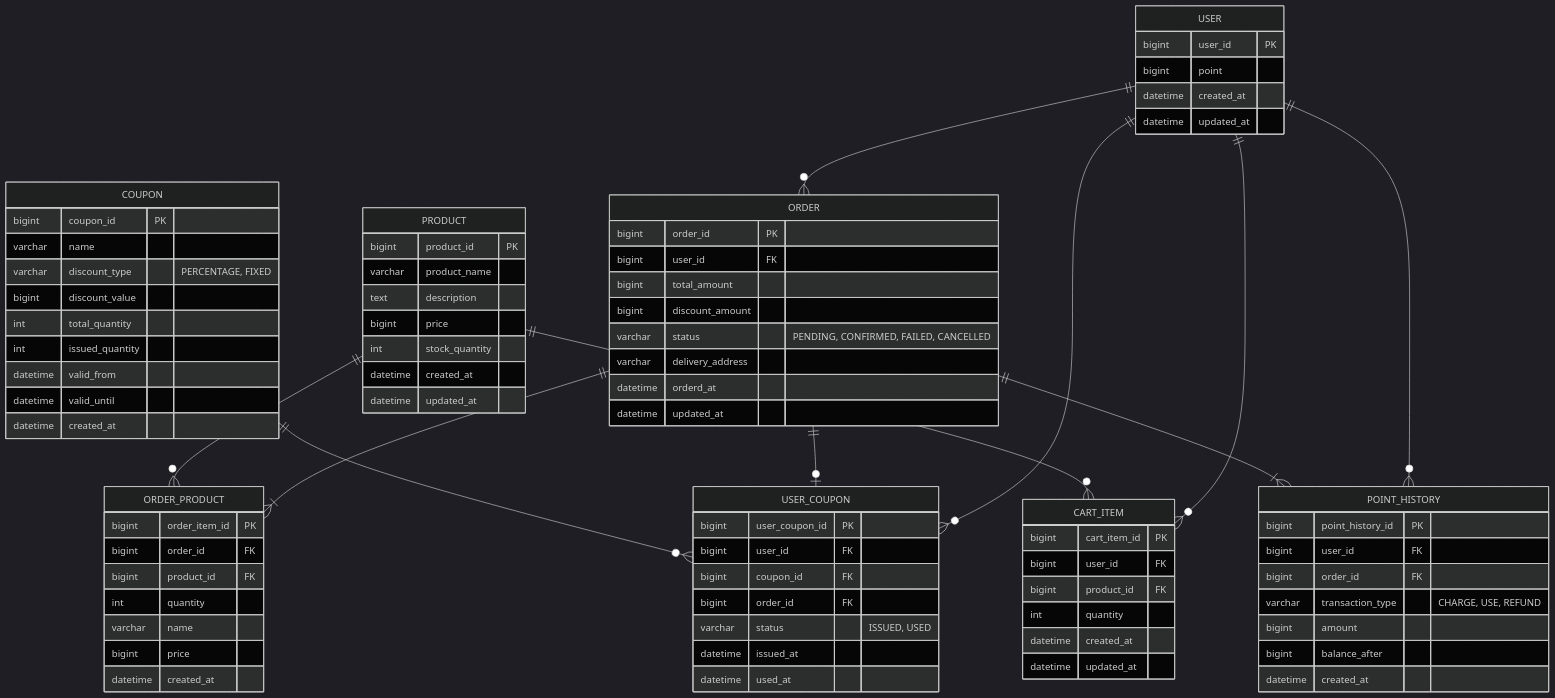
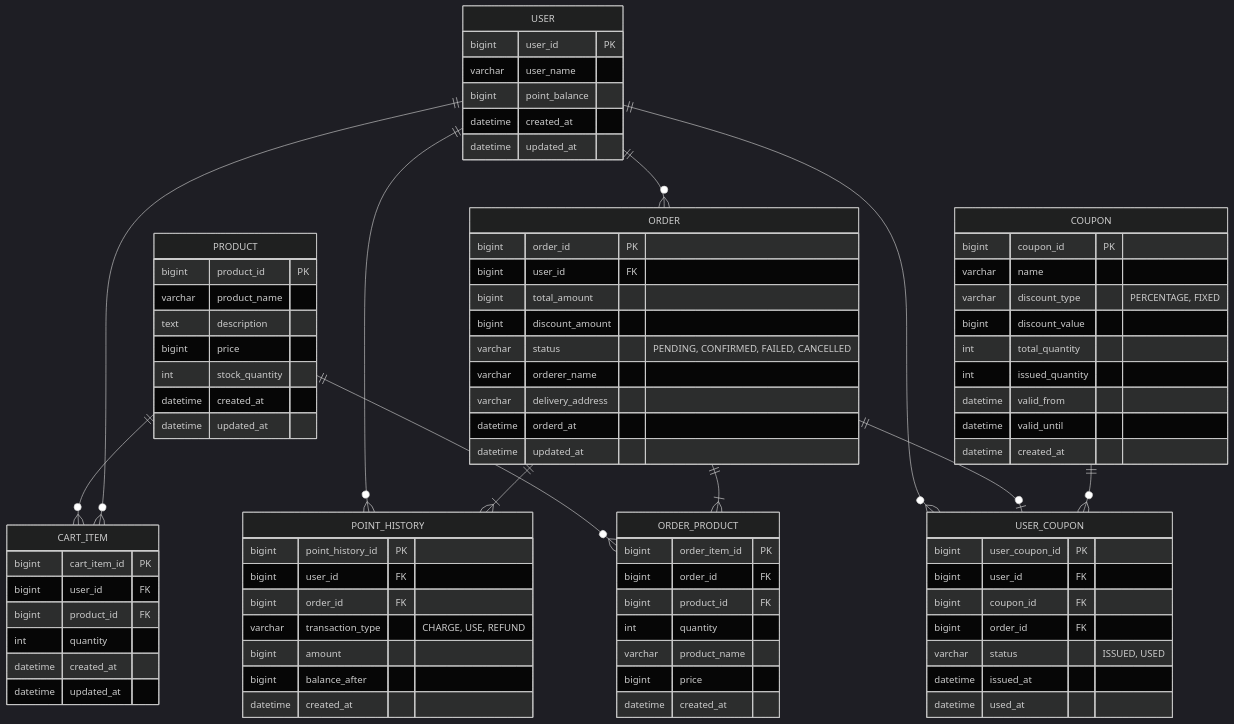
One commit to kimujin99/hhplus10_w2 changed the diagram in docs/erd.md. Above: the diagram before and after it, drawn with Mermaid (dark theme). The commit also changed other lines of this file, not shown here.

Commit message:
docs: ERD 테이블 스키마 개선 및 필드명 명확화
USER 테이블에 user_name 추가, point_balance로 필드명 변경
ORDER 테이블에 orderer_name 필드 추가
ORDER_PRODUCT 테이블의 name을 product_name으로 명확화

🤖 Generated with [Claude Code](https://claude.com/claude-code)

````diff
--- a/docs/erd.md
+++ b/docs/erd.md
@@ -5,5 +5,8 @@
 ```mermaid
 erDiagram
+    PRODUCT ||--o{ ORDER_PRODUCT : ""
+    PRODUCT ||--o{ CART_ITEM : ""
+    
     USER ||--o{ ORDER : ""
     USER ||--o{ CART_ITEM : ""
     USER ||--o{ USER_COUPON : ""
@@ -13,14 +16,12 @@
     ORDER ||--o| USER_COUPON : ""
     ORDER ||--|{ POINT_HISTORY : ""
 
-    PRODUCT ||--o{ ORDER_PRODUCT : ""
-    PRODUCT ||--o{ CART_ITEM : ""
-
     COUPON ||--o{ USER_COUPON : ""
 
     USER {
         bigint user_id PK
-        bigint point
+        varchar user_name
+        bigint point_balance
         datetime created_at
         datetime updated_at
     }
@@ -31,6 +32,7 @@
         bigint total_amount
         bigint discount_amount
         varchar status "PENDING, CONFIRMED, FAILED, CANCELLED"
+        varchar orderer_name
         varchar delivery_address
         datetime orderd_at
         datetime updated_at
@@ -60,7 +62,7 @@
         bigint order_id FK
         bigint product_id FK
         int quantity
-        varchar name
+        varchar product_name
         bigint price
         datetime created_at
     }
````
